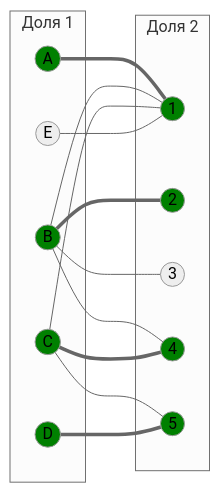
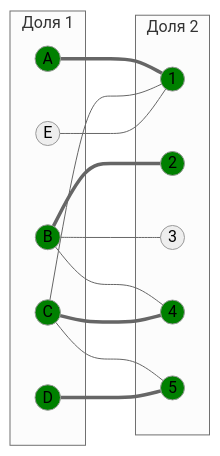
One commit to algos-ris-24-3/manual-tasks changed the ninth of 14 diagrams in Задание 8/syndicate.md. Above: the diagram before and after it, drawn with Mermaid (neutral theme). The commit also changed other lines of this file, not shown here.

````diff
--- a/Задание 8/syndicate.md
+++ b/Задание 8/syndicate.md
@@ -356,36 +355,35 @@
 ```mermaid
 graph LR
     subgraph "Доля 1"
         A((A))
         B((B))
         C((C))
         D((D))
         E((E))
     end
     subgraph "Доля 2"
         1((1))
         2((2))
         3((3))
         4((4))
         5((5))
     end
     A === 1
-    B --- 1
     B === 2
     B --- 3
     B --- 4
     C --- 1
     C === 4
     C --- 5
     D === 5
     E --- 1
 
     style A fill:#008000
     style B fill:#008000
     style C fill:#008000
     style D fill:#008000
     style 1 fill:#008000
     style 2 fill:#008000
     style 4 fill:#008000
     style 5 fill:#008000
 ```
````
